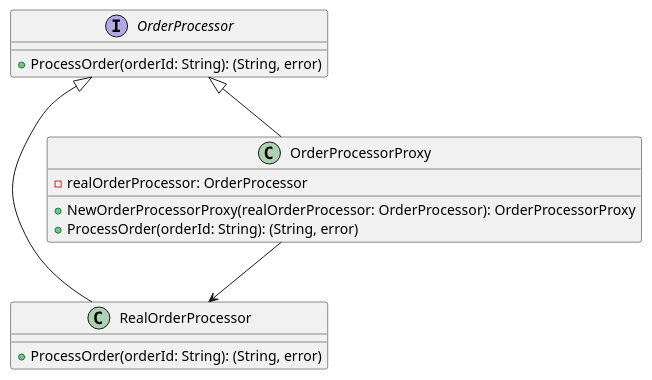
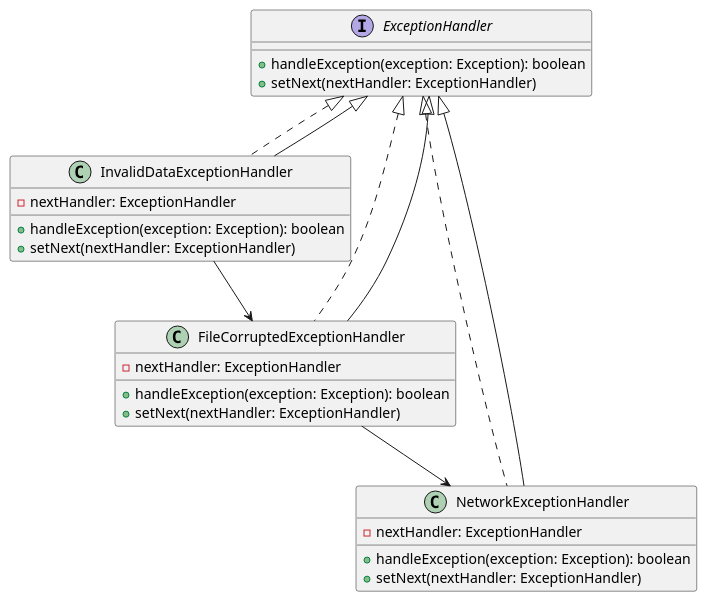
Before and after one commit to andrewovchinnikov/design-patterns: the diagram in klassifikaciya-patternov/povedencheskie-patterny-behavioral-patterns/cepochka-obyazannostei-chain-of-responsibility/primery/obrabotka-isklyuchenii/go.md, drawn with PlantUML. The commit also changed other lines of this file and 82 other files, not shown here.

````diff
--- a/klassifikaciya-patternov/povedencheskie-patterny-behavioral-patterns/cepochka-obyazannostei-chain-of-responsibility/primery/obrabotka-isklyuchenii/go.md
+++ b/klassifikaciya-patternov/povedencheskie-patterny-behavioral-patterns/cepochka-obyazannostei-chain-of-responsibility/primery/obrabotka-isklyuchenii/go.md
@@ -98,21 +14,32 @@
 ```plantuml
 @startuml
-interface OrderProcessor {
-    +ProcessOrder(orderId: String): (String, error)
+interface ExceptionHandler {
+    +handleException(exception: Exception): boolean
+    +setNext(nextHandler: ExceptionHandler)
 }
 
-class RealOrderProcessor {
-    +ProcessOrder(orderId: String): (String, error)
+class InvalidDataExceptionHandler implements ExceptionHandler {
+    -nextHandler: ExceptionHandler
+    +handleException(exception: Exception): boolean
+    +setNext(nextHandler: ExceptionHandler)
 }
 
-class OrderProcessorProxy {
-    -realOrderProcessor: OrderProcessor
-    +NewOrderProcessorProxy(realOrderProcessor: OrderProcessor): OrderProcessorProxy
-    +ProcessOrder(orderId: String): (String, error)
+class FileCorruptedExceptionHandler implements ExceptionHandler {
+    -nextHandler: ExceptionHandler
+    +handleException(exception: Exception): boolean
+    +setNext(nextHandler: ExceptionHandler)
 }
 
-OrderProcessor <|-- RealOrderProcessor
-OrderProcessor <|-- OrderProcessorProxy
-OrderProcessorProxy --> RealOrderProcessor
+class NetworkExceptionHandler implements ExceptionHandler {
+    -nextHandler: ExceptionHandler
+    +handleException(exception: Exception): boolean
+    +setNext(nextHandler: ExceptionHandler)
+}
+
+ExceptionHandler <|-- InvalidDataExceptionHandler
+ExceptionHandler <|-- FileCorruptedExceptionHandler
+ExceptionHandler <|-- NetworkExceptionHandler
+InvalidDataExceptionHandler --> FileCorruptedExceptionHandler
+FileCorruptedExceptionHandler --> NetworkExceptionHandler
 @enduml
 ```
````
